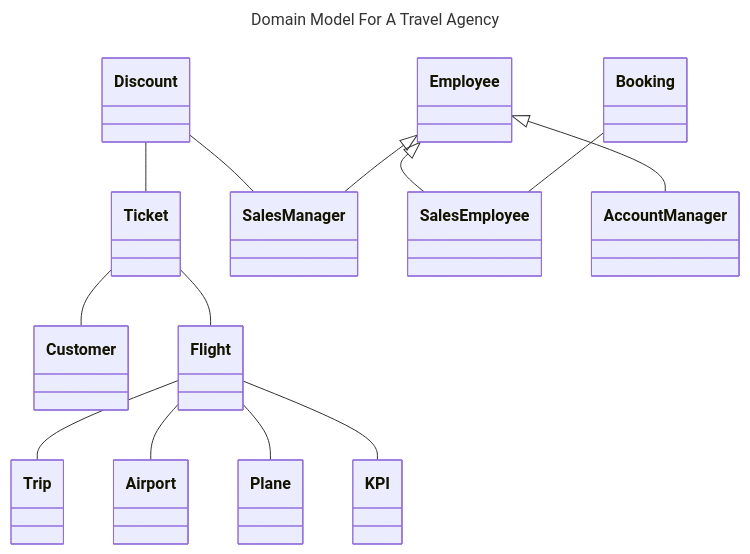
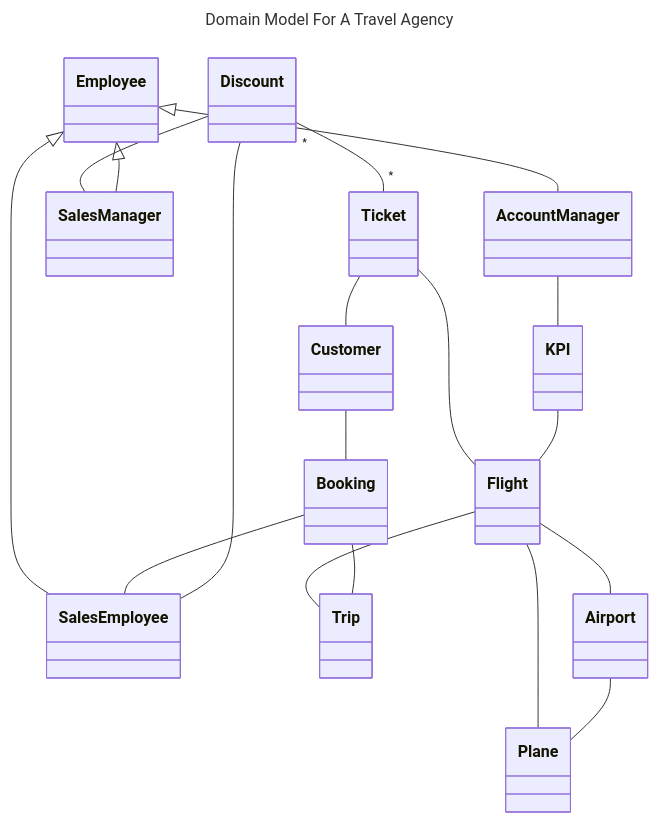
One commit to Leonardo-Notargiacomo/SkyVoyage changed the diagram in analysis/domain-model.md. Above: the diagram before and after it, drawn with Mermaid. The commit also changed 1 other file, not shown here.

Commit message:
Update domain model diagram for travel agency and enhance attendance records with additional dates

````diff
--- a/analysis/domain-model.md
+++ b/analysis/domain-model.md
@@ -1,50 +1,57 @@
 ```mermaid
 ---
 title: Domain Model For A Travel Agency
 ---
 classDiagram
 
-    Discount--Ticket
+    Discount "*" -- "*" Ticket
     Discount--Sales Manager
+    SalesEmployee--Discount
 
     Ticket--Customer
     Ticket--Flight
+    Customer--Booking
 
     Flight--Trip
     Flight--Airport
     Flight--Plane
-    Flight--KPI
+    KPI--Flight
 
     Employee<|--SalesEmployee
     Employee<|--SalesManager
     Employee<|--AccountManager
 
     Booking--SalesEmployee
+    Booking--Trip
+
+    Airport--Plane
+    
+    AccountManager--KPI
 
     class Discount{
     }
     class Ticket{
     }
     class Booking{
     }
     class Trip{
     }
     class Employee{
     }
     class Flight{
     }
     class Customer{
     }
     class Airport{
     }
     class Plane{
     }
     class SalesEmployee{
     }
     class SalesManager{
     }
     class AccountManager{
     }
     class KPI {
     }
 ```
````
